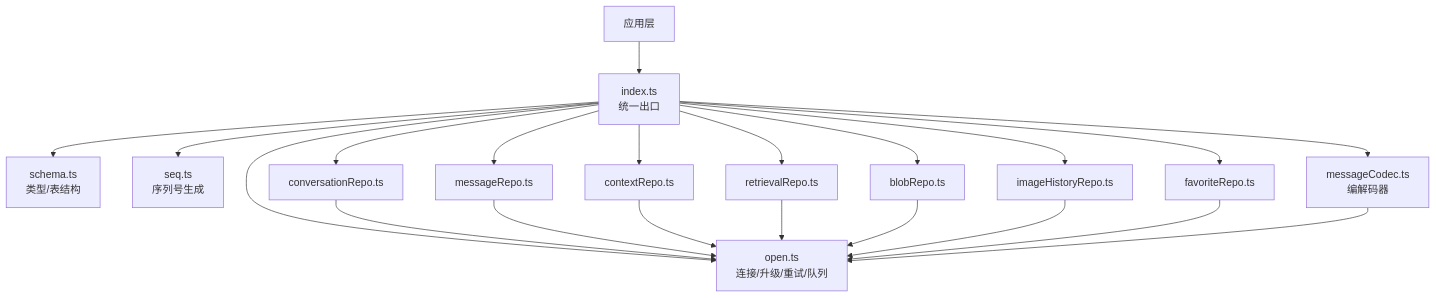
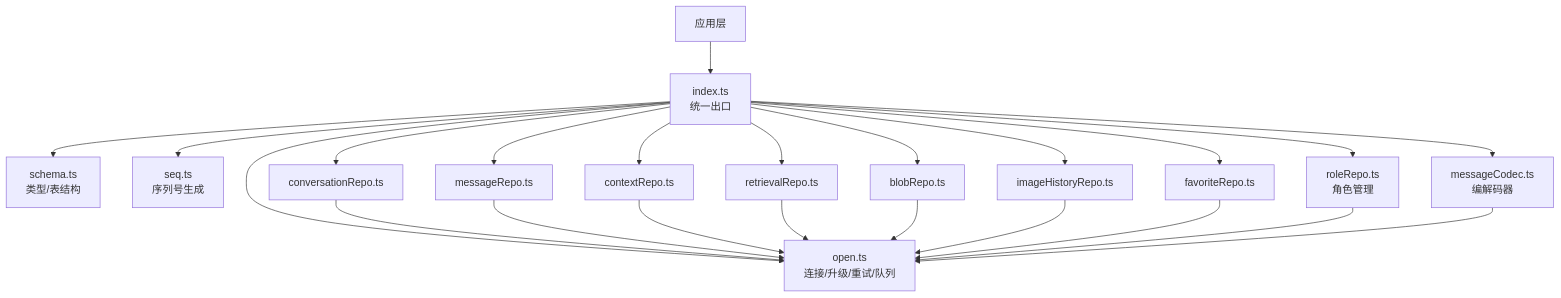
One commit to billye220670/AIShop changed the first of 12 diagrams in .qoder/repowiki/zh/content/数据持久化/数据库层/数据库层.md. Above: the diagram before and after it, drawn with Mermaid. The commit also changed other lines of this file and 32 other files, not shown here.

````diff
--- a/.qoder/repowiki/zh/content/数据持久化/数据库层/数据库层.md
+++ b/.qoder/repowiki/zh/content/数据持久化/数据库层/数据库层.md
@@ -62,23 +64,25 @@
 ```mermaid
 graph TB
 A["应用层"] --> B["index.ts<br/>统一出口"]
 B --> C["open.ts<br/>连接/升级/重试/队列"]
 B --> D["schema.ts<br/>类型/表结构"]
 B --> E["seq.ts<br/>序列号生成"]
 B --> F["conversationRepo.ts"]
 B --> G["messageRepo.ts"]
 B --> H["contextRepo.ts"]
 B --> I["retrievalRepo.ts"]
 B --> J["blobRepo.ts"]
 B --> K["imageHistoryRepo.ts"]
 B --> L["favoriteRepo.ts"]
-B --> M["messageCodec.ts<br/>编解码器"]
+B --> M["roleRepo.ts<br/>角色管理"]
+B --> N["messageCodec.ts<br/>编解码器"]
 F --> C
 G --> C
 H --> C
 I --> C
 J --> C
 K --> C
 L --> C
 M --> C
+N --> C
 ```
````
